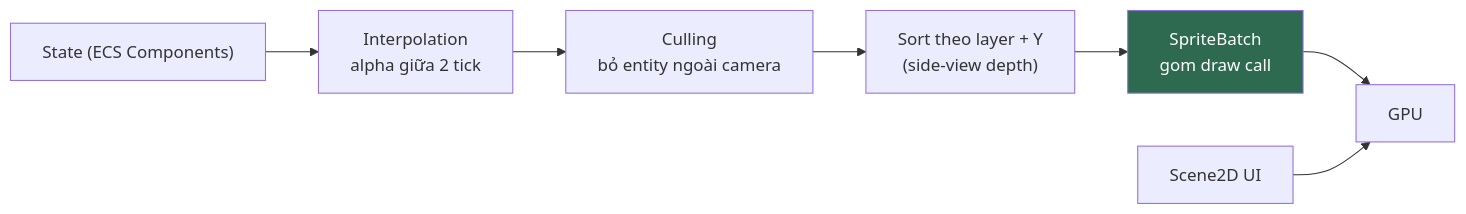
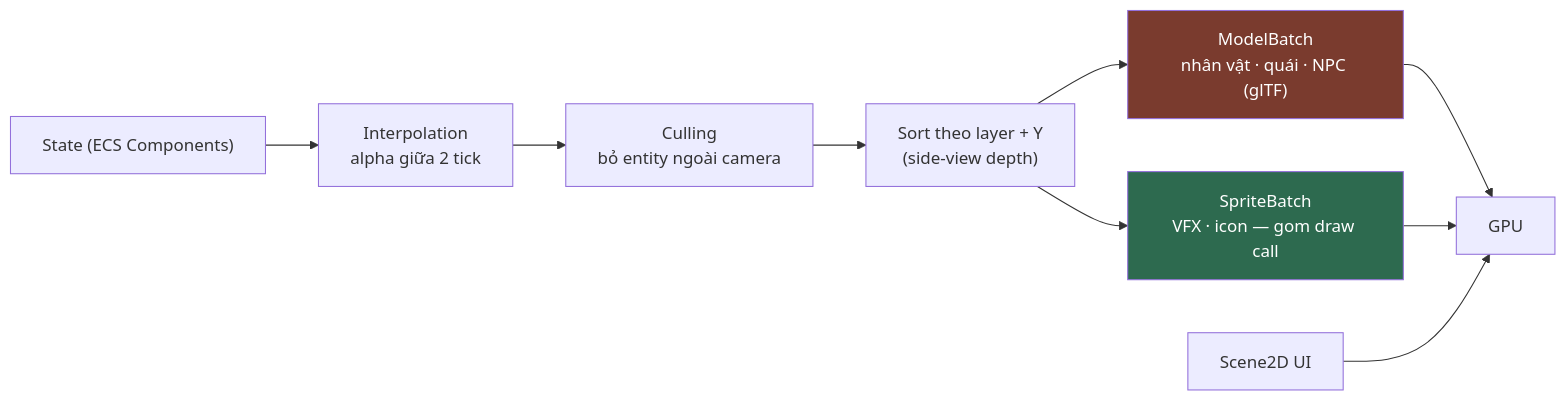
One commit to ta-min-hieu/shinobi-engine changed the diagram in docs/03-engine/RENDERING.md. Above: the diagram before and after it, drawn with Mermaid. The commit also changed other lines of this file and 4 other files, not shown here.

````diff
--- a/docs/03-engine/RENDERING.md
+++ b/docs/03-engine/RENDERING.md
@@ -29,12 +36,15 @@
 ```mermaid
 graph LR
     S["State (ECS Components)"] --> I["Interpolation<br/>alpha giữa 2 tick"]
     I --> C["Culling<br/>bỏ entity ngoài camera"]
     C --> Z["Sort theo layer + Y<br/>(side-view depth)"]
-    Z --> B["SpriteBatch<br/>gom draw call"]
+    Z --> M["ModelBatch<br/>nhân vật · quái · NPC (glTF)"]
+    Z --> B["SpriteBatch<br/>VFX · icon — gom draw call"]
+    M --> G["GPU"]
     B --> G["GPU"]
 
     U["Scene2D UI"] --> G
 
     style B fill:#2d6a4f,color:#fff
+    style M fill:#7a3b2e,color:#fff
 ```
````
